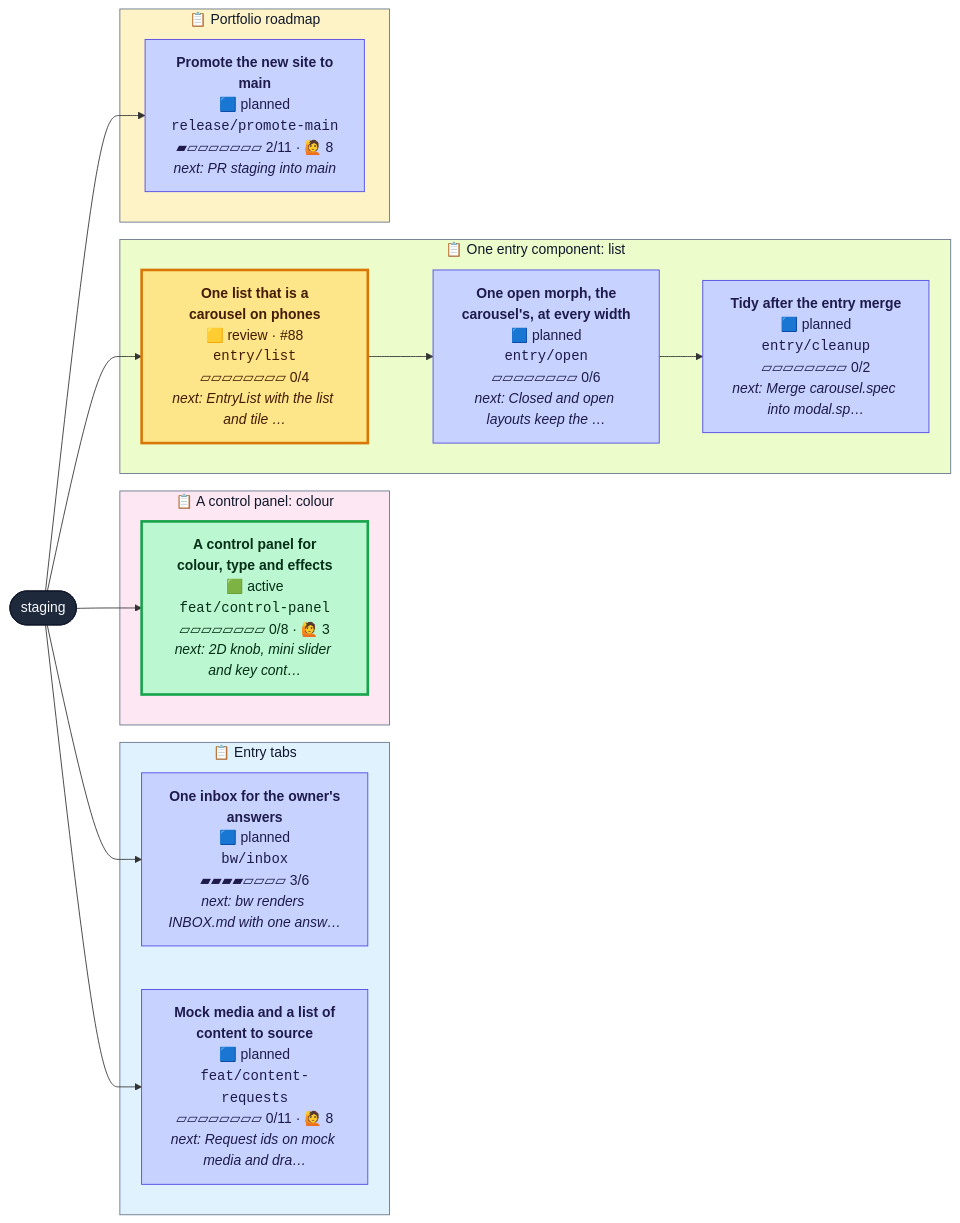
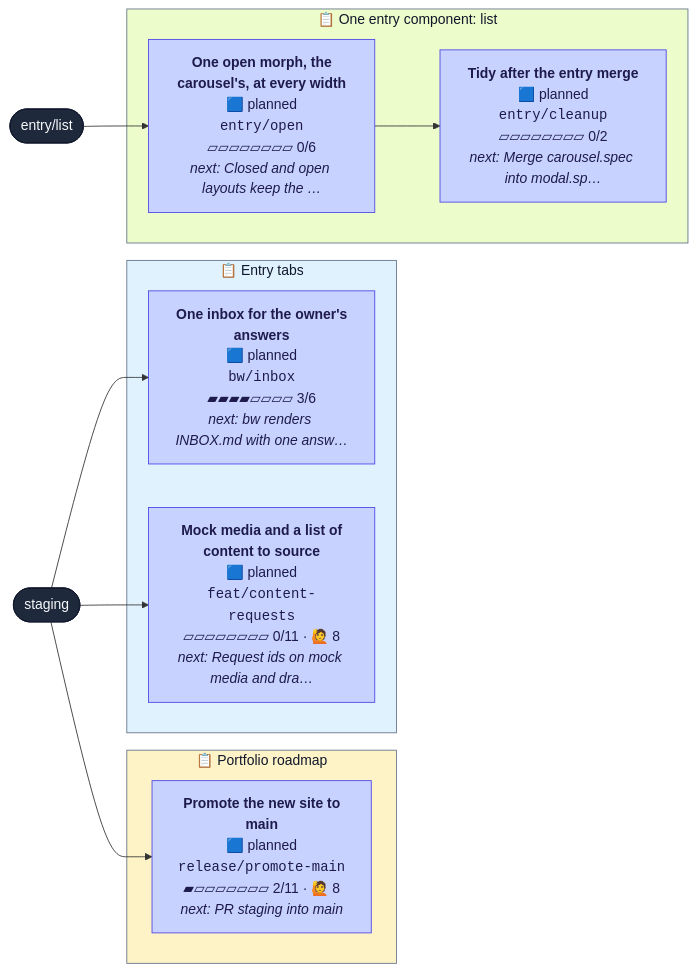
One commit to henryjonescodes/portfolio changed the diagram in CONTRIBUTING.md. Above: the diagram before and after it, drawn with Mermaid. The commit also changed other lines of this file and 2 other files, not shown here.

````diff
--- a/CONTRIBUTING.md
+++ b/CONTRIBUTING.md
@@ -16,44 +17,37 @@
 ```mermaid
 flowchart LR
   n_staging([staging])
   class n_staging trunk
+  n_entry_list([entry/list])
+  class n_entry_list trunk
   subgraph plan_0["📋 Entry tabs"]
     n_bw_inbox["<b>One inbox for the owner's<br/>answers</b><br/>🟦 planned<br/><code>bw/inbox</code><br/>▰▰▰▰▱▱▱▱ 3/6<br/><i>next: bw renders INBOX.md with one answ…</i>"]
     class n_bw_inbox planned
     n_feat_content_requests["<b>Mock media and a list of<br/>content to source</b><br/>🟦 planned<br/><code>feat/content-requests</code><br/>▱▱▱▱▱▱▱▱ 0/11 · 🙋 8<br/><i>next: Request ids on mock media and dra…</i>"]
     class n_feat_content_requests planned
   end
   style plan_0 fill:#e0f2fe,stroke:#64748b,color:#0f172a
-  subgraph plan_1["📋 A control panel: colour"]
-    n_feat_control_panel["<b>A control panel for<br/>colour, type and effects</b><br/>🟩 active<br/><code>feat/control-panel</code><br/>▱▱▱▱▱▱▱▱ 0/8 · 🙋 3<br/><i>next: 2D knob, mini slider and key cont…</i>"]
-    class n_feat_control_panel active
-  end
-  style plan_1 fill:#fce7f3,stroke:#64748b,color:#0f172a
   subgraph plan_2["📋 One entry component: list"]
     n_entry_cleanup["<b>Tidy after the entry merge</b><br/>🟦 planned<br/><code>entry/cleanup</code><br/>▱▱▱▱▱▱▱▱ 0/2<br/><i>next: Merge carousel.spec into modal.sp…</i>"]
     class n_entry_cleanup planned
-    n_entry_list["<b>One list that is a<br/>carousel on phones</b><br/>🟨 review · #88<br/><code>entry/list</code><br/>▱▱▱▱▱▱▱▱ 0/4<br/><i>next: EntryList with the list and tile …</i>"]
-    class n_entry_list review
     n_entry_open["<b>One open morph, the<br/>carousel's, at every width</b><br/>🟦 planned<br/><code>entry/open</code><br/>▱▱▱▱▱▱▱▱ 0/6<br/><i>next: Closed and open layouts keep the …</i>"]
     class n_entry_open planned
   end
   style plan_2 fill:#ecfccb,stroke:#64748b,color:#0f172a
   subgraph plan_3["📋 Portfolio roadmap"]
     n_release_promote_main["<b>Promote the new site to<br/>main</b><br/>🟦 planned<br/><code>release/promote-main</code><br/>▰▱▱▱▱▱▱▱ 2/11 · 🙋 8<br/><i>next: PR staging into main</i>"]
     class n_release_promote_main planned
   end
   style plan_3 fill:#fef3c7,stroke:#64748b,color:#0f172a
   n_staging --> n_bw_inbox
   n_entry_open --> n_entry_cleanup
-  n_staging --> n_entry_list
   n_entry_list --> n_entry_open
   n_staging --> n_feat_content_requests
-  n_staging --> n_feat_control_panel
   n_staging --> n_release_promote_main
   classDef planned fill:#c7d2fe,stroke:#4f46e5,color:#1e1b4b
   classDef active fill:#bbf7d0,stroke:#16a34a,stroke-width:3px,color:#052e16
   classDef review fill:#fde68a,stroke:#d97706,stroke-width:3px,color:#451a03
   classDef blocked fill:#fecaca,stroke:#dc2626,stroke-width:3px,color:#450a0a
   classDef trunk fill:#1e293b,stroke:#0f172a,color:#f8fafc
   classDef current stroke:#0ea5e9,stroke-width:5px
 ```
````
